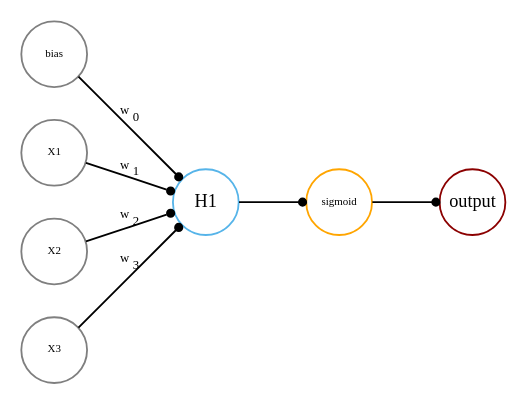
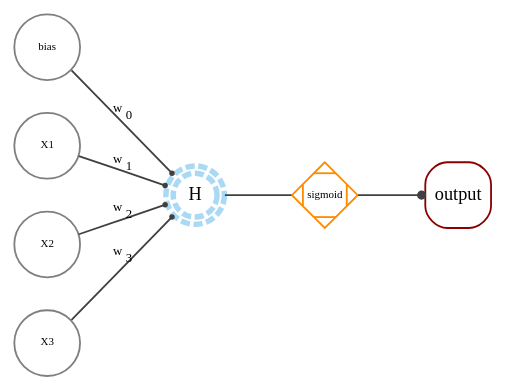
The second of 2 diagrams in ml_common_models.qmd (m-clark/book-of-models), drawn with Graphviz before and after one commit. The commit also changed other lines of this file, not shown here.

````diff
--- a/ml_common_models.qmd
+++ b/ml_common_models.qmd
@@ -649,26 +653,26 @@
 ```{dot}
 //| echo: false
 //| eval: false
-//| fig-cap: A logistic regression as a neural network
 //| label: logistic-nn-graph
 
 digraph neural_network {
+  bgcolor="transparent"
   rankdir=LR;
   node [shape=circle color=gray50];
   input_bias[label="bias" fixedsize=True fontsize =6 width=.5];
   X1 [label="X1" fixedsize=True fontsize =6 width=.5];
   X2 [label="X2" fixedsize=True fontsize =6 width=.5];
   X3 [label="X3" fixedsize=True fontsize =6 width=.5];
   
   
-  input_bias -> hidden [label=<w<sub>0</sub>> arrowhead="dot" arrowsize=0.5 minlen=.10 fontsize=7];
-  X1 -> hidden [label=<w<sub>1</sub>> arrowhead="dot" arrowsize=0.5 minlen=1 fontsize=7];
-  X2 -> hidden [label=<w<sub>2</sub>> arrowhead="dot" arrowsize=0.5 minlen=1 fontsize=7];
-  X3 -> hidden [label=<w<sub>3</sub>> arrowhead="dot" arrowsize=0.5 minlen=1 fontsize=7];
-  hidden [label="H1" fixedsize=True fontsize =10 width=.5 color = "#56B4E9"];
-  activation [label="sigmoid" fixedsize=True fontsize =6 width=.5 color = "orange"];
-  hidden -> activation [arrowhead="dot" arrowsize=0.5 minlen=1];
-  activation -> output [label="" arrowhead="dot" arrowsize=0.5 minlen=1];
-  output [label="output" fixedsize=True fontsize =10 width=.5 color=darkred];
+  input_bias -> hidden [label=<w<sub>0</sub>> arrowhead="dot" arrowsize=0.25 minlen=.10 fontsize=7 color=gray25];
+  X1 -> hidden [label=<w<sub>1</sub>> arrowhead="dot" arrowsize=0.25 minlen=1 fontsize=7 color=gray25];
+  X2 -> hidden [label=<w<sub>2</sub>> arrowhead="dot" arrowsize=0.25 minlen=1 fontsize=7 color=gray25];
+  X3 -> hidden [label=<w<sub>3</sub>> arrowhead="dot" arrowsize=0.25 minlen=1 fontsize=7 color=gray25];
+  hidden [label=H fixedsize=True fontsize =10 width=.33 color = "#56B4E980" shape=doublecircle style=dashed penwidth=3];
+  activation [label="sigmoid" fixedsize=True fontsize =6 width=.5 color = "darkorange" shape=Mdiamond];
+  hidden -> activation [arrowhead="none" arrowsize=0.5 minlen=1 color=gray25];
+  activation -> output [label="" arrowhead="dot" arrowsize=0.5 minlen=1 color=gray25];
+  output [label="output" fixedsize=True fontsize =10 width=.5 color=darkred shape=square style=rounded];
 }
 ```
````
